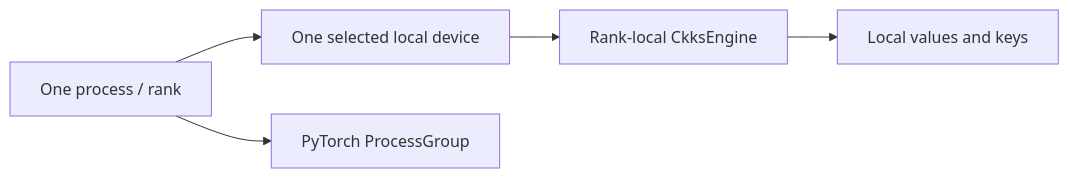
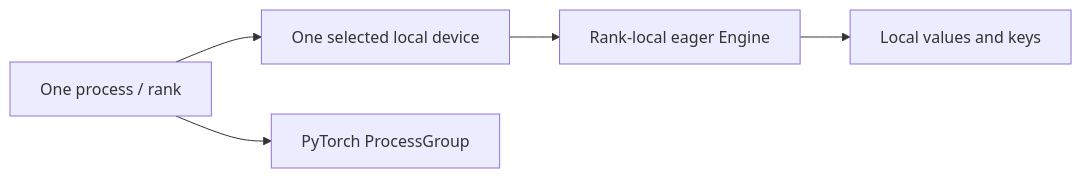
The second of 4 diagrams in docs/developer/distributed-internals.md (visualDust/fhelium), drawn with Mermaid before and after one commit. The commit also changed other lines of this file and 612 other files, not shown here.

Commit message:
Introduce several architecture changes and support Windows native build

````diff
--- a/docs/developer/distributed-internals.md
+++ b/docs/developer/distributed-internals.md
@@ -54,11 +54,11 @@
 ```mermaid
 graph LR
     RANK[One process / rank]
     DEV[One selected local device]
-    ENG[Rank-local CkksEngine]
+    ENG[Rank-local eager Engine]
     VALUES[Local values and keys]
     GROUP[PyTorch ProcessGroup]
 
     RANK --> DEV --> ENG --> VALUES
     RANK --> GROUP
 ```
````
